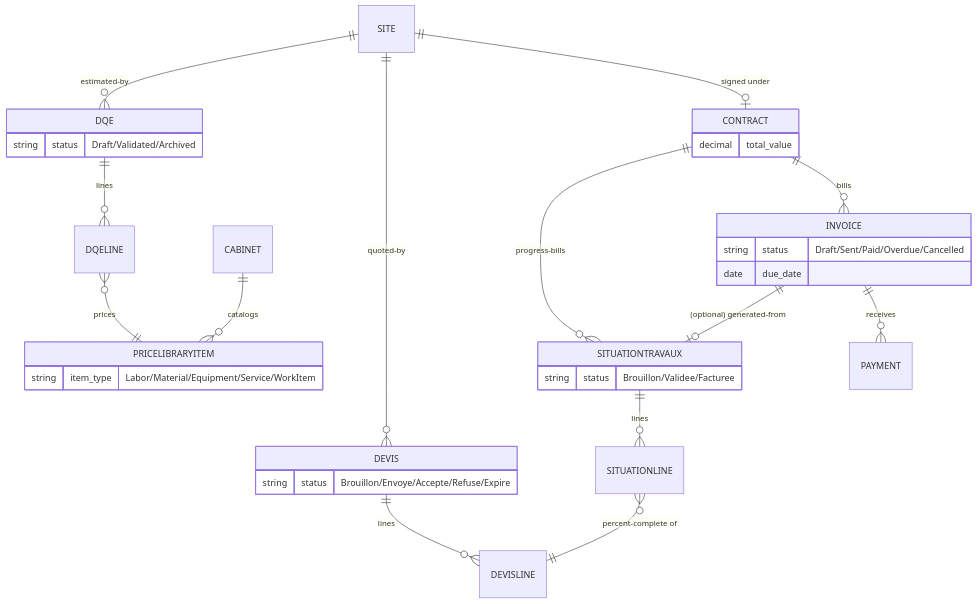
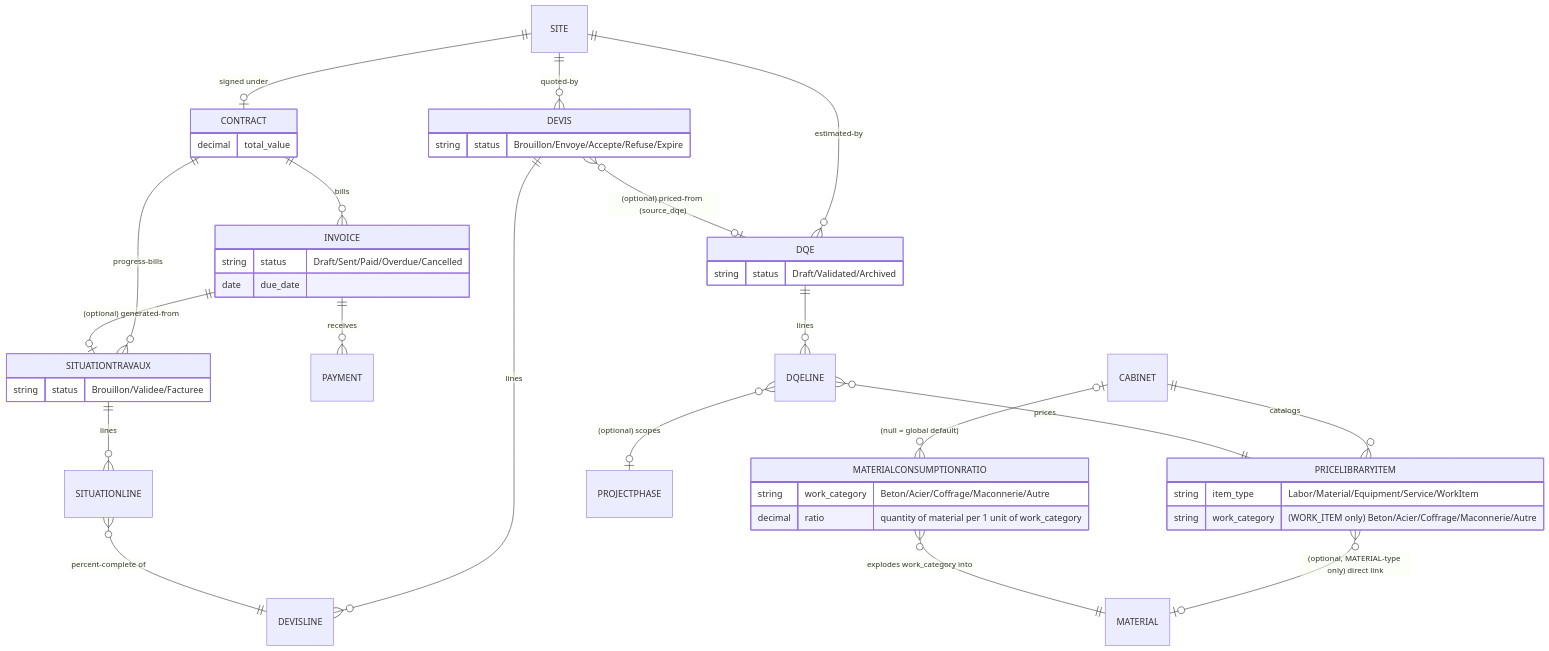
The fourth of 6 diagrams in docs/architecture/data-model.md (monsieurpapa/chantierMobile), drawn with Mermaid before and after one commit. The commit also changed other lines of this file and 44 other files, not shown here.

````diff
--- a/docs/architecture/data-model.md
+++ b/docs/architecture/data-model.md
@@ -130,36 +131,46 @@
 ```mermaid
 erDiagram
     SITE ||--o| CONTRACT : "signed under"
     SITE ||--o{ DEVIS : quoted-by
     SITE ||--o{ DQE : estimated-by
     CONTRACT ||--o{ INVOICE : bills
     CONTRACT ||--o{ SITUATIONTRAVAUX : "progress-bills"
     INVOICE ||--o{ PAYMENT : receives
     INVOICE ||--o| SITUATIONTRAVAUX : "(optional) generated-from"
     DEVIS ||--o{ DEVISLINE : lines
+    DEVIS }o--o| DQE : "(optional) priced-from (source_dqe)"
     SITUATIONTRAVAUX ||--o{ SITUATIONLINE : lines
     SITUATIONLINE }o--|| DEVISLINE : "percent-complete of"
     CABINET ||--o{ PRICELIBRARYITEM : catalogs
+    PRICELIBRARYITEM }o--o| MATERIAL : "(optional, MATERIAL-type only) direct link"
     DQE ||--o{ DQELINE : lines
     DQELINE }o--|| PRICELIBRARYITEM : prices
+    DQELINE }o--o| PROJECTPHASE : "(optional) scopes"
+    CABINET |o--o{ MATERIALCONSUMPTIONRATIO : "(null = global default)"
+    MATERIALCONSUMPTIONRATIO }o--|| MATERIAL : "explodes work_category into"
 
     CONTRACT {
         decimal total_value
     }
     INVOICE {
         string status "Draft/Sent/Paid/Overdue/Cancelled"
         date due_date
     }
     DEVIS {
         string status "Brouillon/Envoye/Accepte/Refuse/Expire"
     }
     SITUATIONTRAVAUX {
         string status "Brouillon/Validee/Facturee"
     }
     PRICELIBRARYITEM {
         string item_type "Labor/Material/Equipment/Service/WorkItem"
+        string work_category "(WORK_ITEM only) Beton/Acier/Coffrage/Maconnerie/Autre"
     }
     DQE {
         string status "Draft/Validated/Archived"
     }
+    MATERIALCONSUMPTIONRATIO {
+        string work_category "Beton/Acier/Coffrage/Maconnerie/Autre"
+        decimal ratio "quantity of material per 1 unit of work_category"
+    }
 ```
````
